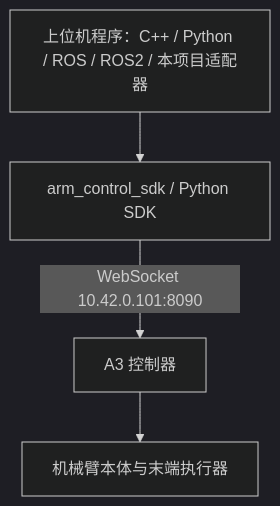
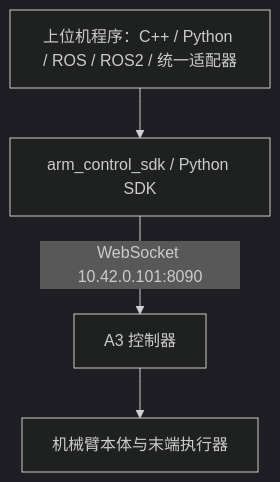
The diagram in docs/cvte_carm/README.md (WXyuany/deploy_omni), drawn with Mermaid (dark theme) before and after one commit. The commit also changed other lines of this file and 17 other files, not shown here.

````diff
--- a/docs/cvte_carm/README.md
+++ b/docs/cvte_carm/README.md
@@ -12,10 +158,10 @@
 ```mermaid
 flowchart TD
-    host["上位机程序：C++ / Python / ROS / ROS2 / 本项目适配器"]
+    host["上位机程序：C++ / Python / ROS / ROS2 / 统一适配器"]
     sdk["arm_control_sdk / Python SDK"]
     controller["A3 控制器"]
     arm["机械臂本体与末端执行器"]
     host --> sdk
     sdk -->|"WebSocket 10.42.0.101:8090"| controller
     controller --> arm
 ```
````
